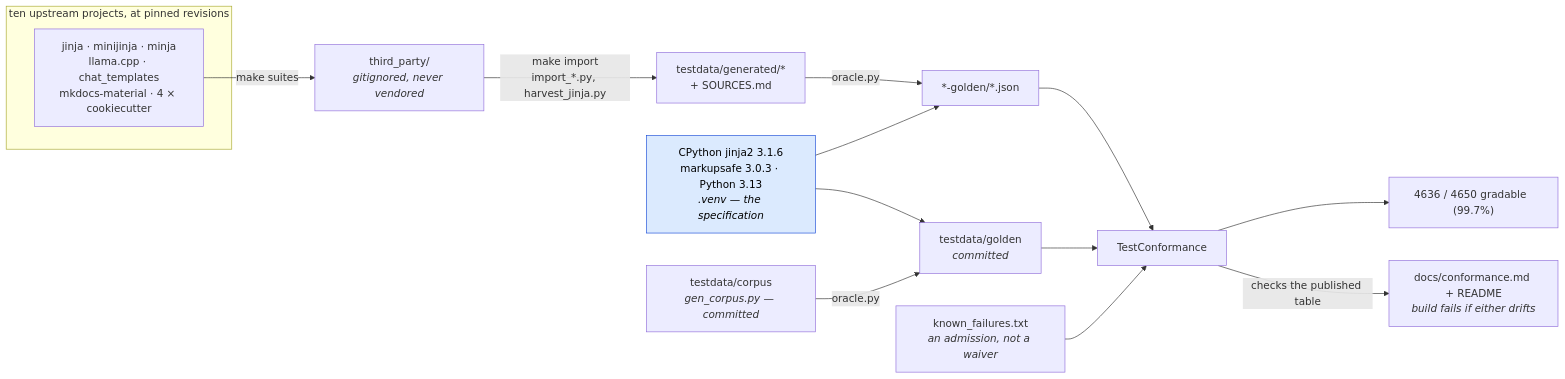
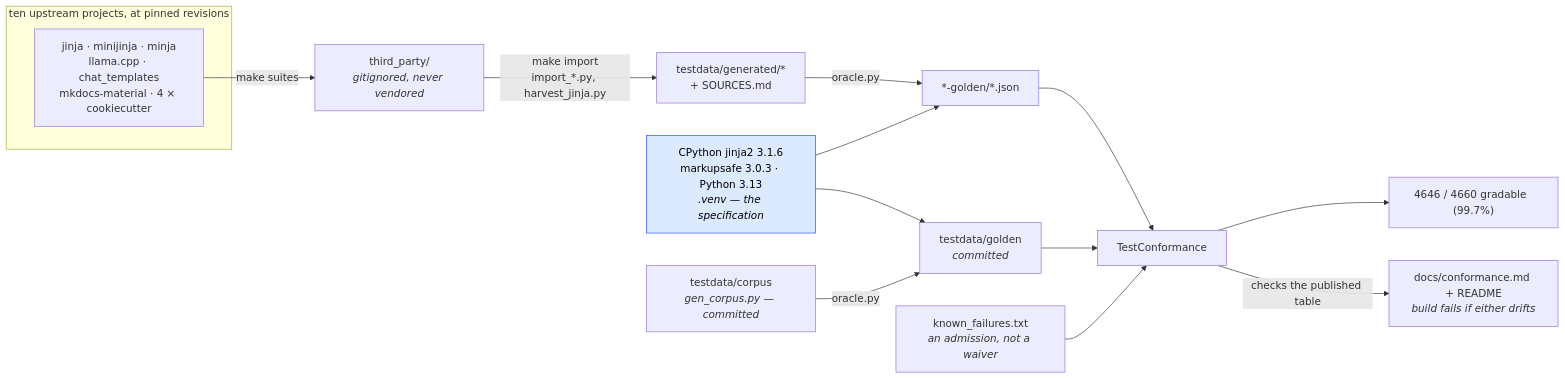
The first of 2 diagrams in docs/conformance.md (mgilbir/gojja2), drawn with Mermaid before and after one commit. The commit also changed other lines of this file and 44 other files, not shown here.

````diff
--- a/docs/conformance.md
+++ b/docs/conformance.md
@@ -17,24 +17,24 @@
 ```mermaid
 flowchart LR
     subgraph up["ten upstream projects, at pinned revisions"]
         U1["jinja · minijinja · minja<br/>llama.cpp · chat_templates<br/>mkdocs-material · 4 × cookiecutter"]
     end
     U1 -->|"make suites"| TP["third_party/<br/><i>gitignored, never vendored</i>"]
     TP -->|"make import<br/>import_*.py, harvest_jinja.py"| GEN["testdata/generated/*<br/>+ SOURCES.md"]
 
     ORA["CPython jinja2 3.1.6<br/>markupsafe 3.0.3 · Python 3.13<br/><i>.venv — the specification</i>"]
     GEN -->|"oracle.py"| G2["*-golden/*.json"]
     ORA --> G2
 
     OWN["testdata/corpus<br/><i>gen_corpus.py — committed</i>"] -->|"oracle.py"| G1["testdata/golden<br/><i>committed</i>"]
     ORA --> G1
 
     G1 --> TC["TestConformance"]
     G2 --> TC
     KF["known_failures.txt<br/><i>an admission, not a waiver</i>"] --> TC
-    TC --> RATE["4636 / 4650 gradable  (99.7%)"]
+    TC --> RATE["4646 / 4660 gradable  (99.7%)"]
     TC -->|"checks the published table"| RM["docs/conformance.md + README<br/><i>build fails if either drifts</i>"]
 
     classDef spec fill:#dbeafe,stroke:#1d4ed8,color:#000
     class ORA spec
 ```
````
